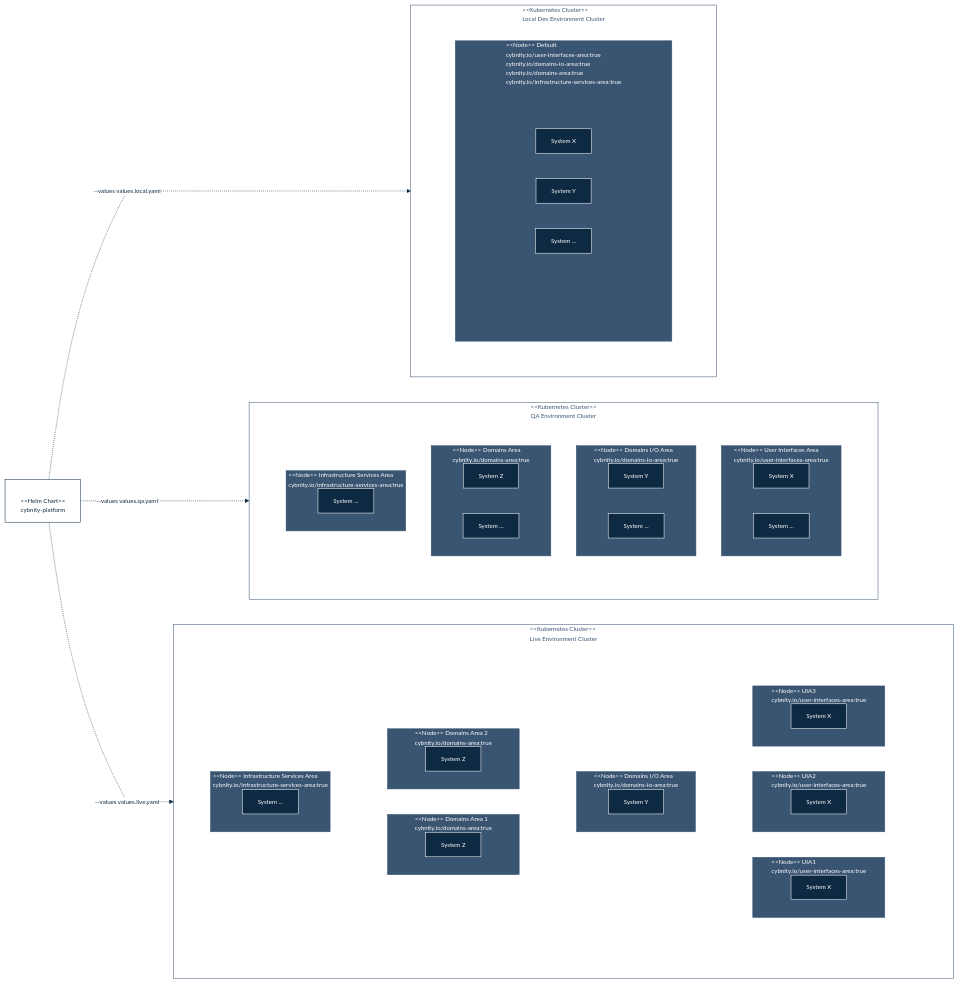
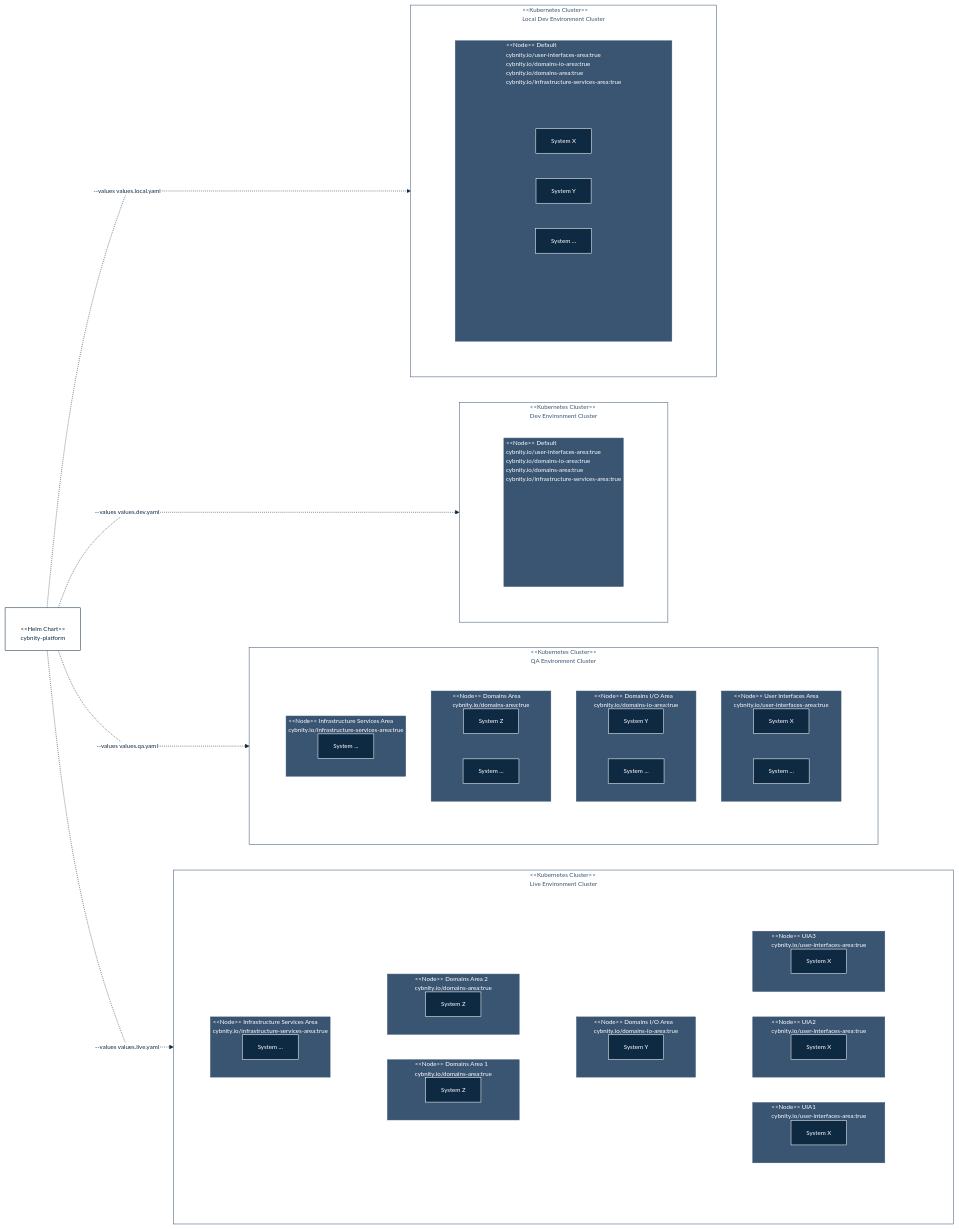
One commit to cybnity/iac-helm-charts changed the first of 2 diagrams in cybnity-platform/README.md. Above: the diagram before and after it, drawn with Mermaid.

````diff
--- a/cybnity-platform/README.md
+++ b/cybnity-platform/README.md
@@ -113,6 +113,22 @@
          subgraph unique1[" #60;#60;Node#62;#62; Default \n cybnity.io/user-interfaces-area:true\n cybnity.io/domains-io-area:true\n cybnity.io/domains-area:true\n cybnity.io/infrastructure-services-area:true "]
             subgraph layercomponents1[" "]
                subgraph layercomponents2[" "]
+                  direction LR
+                  systemx["System X"]
+                  systemy["System Y"]
+                  systemz["System ..."]
+               end
+            end
+         end
+      end
+  end
+  subgraph clusterdev[" #60;#60;Kubernetes Cluster#62;#62; \n Dev Environment Cluster "]
+      direction LR
+      subgraph layerset4[" "]
+         direction LR
+         subgraph unique2[" #60;#60;Node#62;#62; Default \n cybnity.io/user-interfaces-area:true\n cybnity.io/domains-io-area:true\n cybnity.io/domains-area:true\n cybnity.io/infrastructure-services-area:true "]
+            subgraph layercomponents3[" "]
+               subgraph layercomponents4[" "]
                   direction LR
                   systemx["System X"]
                   systemy["System Y"]
@@ -189,6 +205,7 @@
   end
 
   chart1 -. "--values values.local.yaml" .-> clusterlocal
+  chart1 -. "--values values.dev.yaml" .-> clusterdev
   chart1 -. "--values values.qa.yaml" .-> clusterqa
   chart1 -. "--values values.live.yaml" .-> clusterprod
 
@@ -196,9 +213,9 @@
   classDef mediumfill fill:#3a5572, stroke:#3a5572, color:#fff
   classDef dark fill:#0e2a43, stroke:#fff, color:#fff
   classDef transparent fill:#00000000, stroke:#00000000
-  class clusterlocal,clusterqa,clusterprod medium;
-  class is3,da3,da31,dio3,ui3,ui31,ui311,is2,da2,dio2,ui2,unique1 mediumfill;
+  class clusterlocal,clusterdev,clusterqa,clusterprod medium;
+  class is3,da3,da31,dio3,ui3,ui31,ui311,is2,da2,dio2,ui2,unique1,unique2 mediumfill;
   class systemx,systemy,systemz,systemx2,systemx2next,systemy2,systemy2next,systemz2,systemz2next,systems2,systemx3,systemx31,systemx311,systemy3,systemz3,systemz31,systems3 dark;
-  class layercomponents1,layercomponents2,layerset31,layerset32 transparent;
+  class layercomponents1,layercomponents2,layercomponents3,layercomponents4,layerset31,layerset32 transparent;
 
 ```
````
